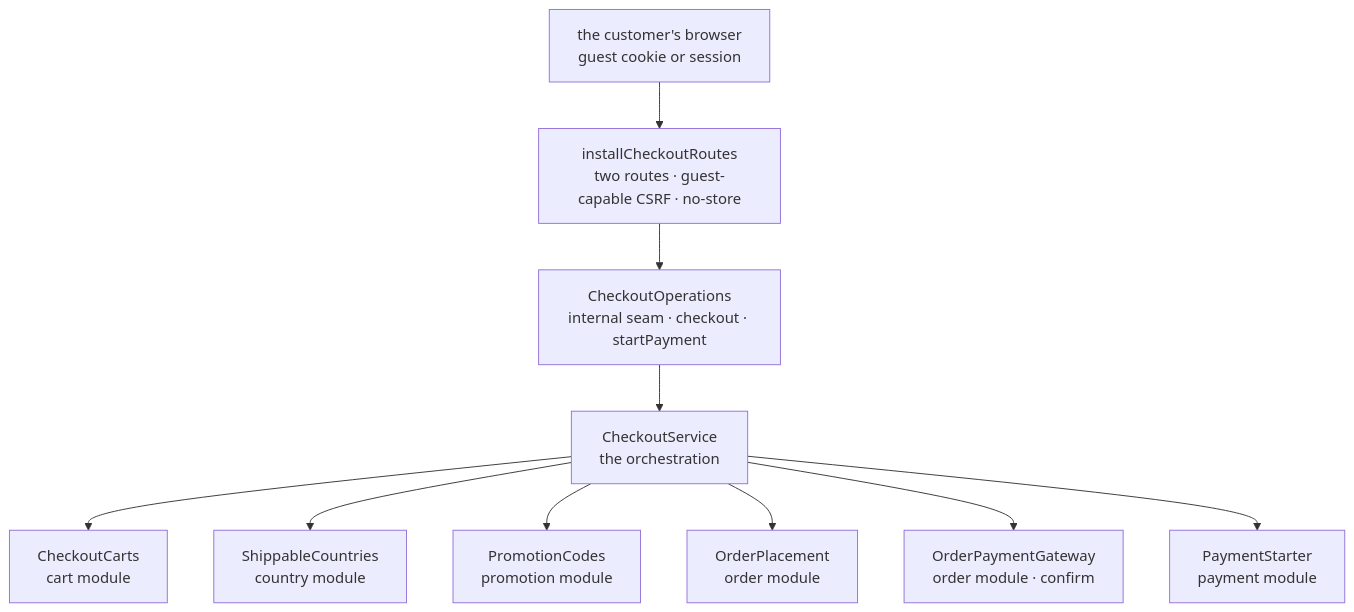
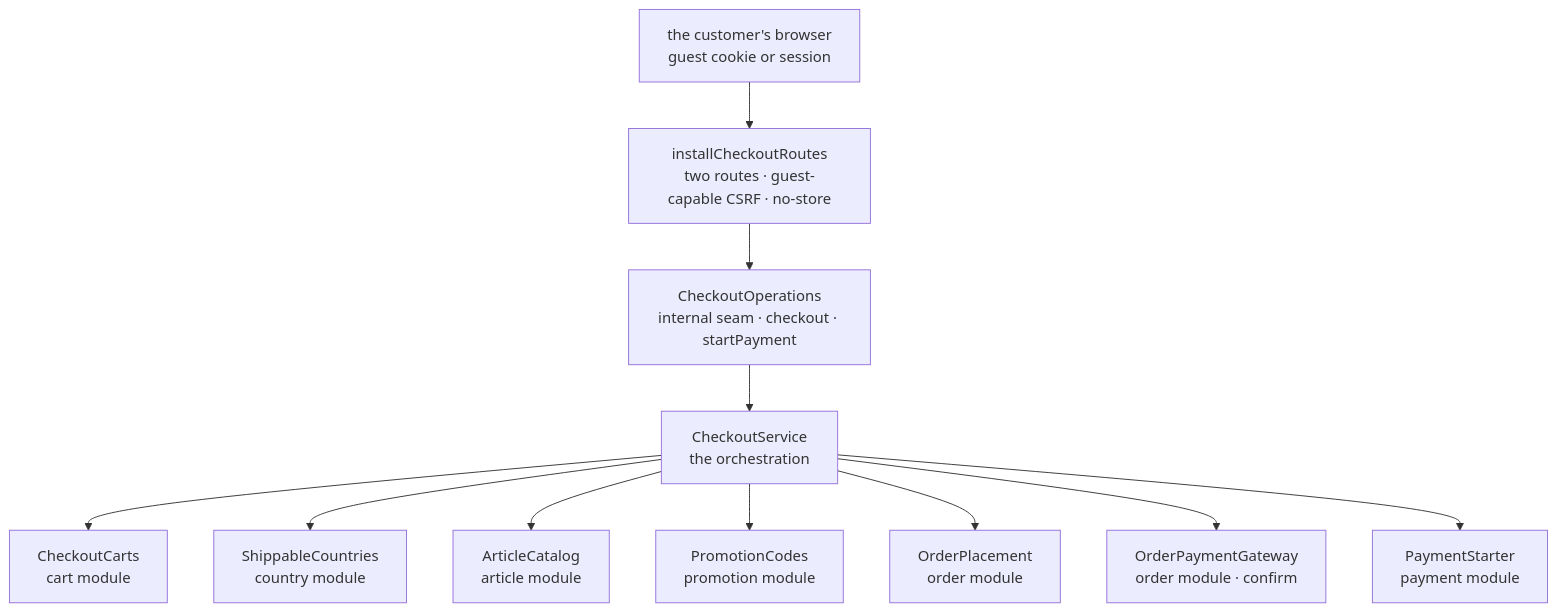
One commit to bitstorm-tech/voenix-shop-kotlin changed the diagram in docs/dev/backend/checkout-package.md. Above: the diagram before and after it, drawn with Mermaid. The commit also changed other lines of this file and 14 other files, not shown here.

````diff
--- a/docs/dev/backend/checkout-package.md
+++ b/docs/dev/backend/checkout-package.md
@@ -41,21 +42,23 @@
 ```mermaid
 flowchart TB
     Customer["the customer's browser<br/>guest cookie or session"]
     Routes["installCheckoutRoutes<br/>two routes · guest-capable CSRF · no-store"]
     Operations["CheckoutOperations<br/>internal seam · checkout · startPayment"]
     Service["CheckoutService<br/>the orchestration"]
     Carts["CheckoutCarts<br/>cart module"]
     Promotions["PromotionCodes<br/>promotion module"]
     Orders["OrderPlacement<br/>order module"]
     Gateway["OrderPaymentGateway<br/>order module · confirm"]
     Payments["PaymentStarter<br/>payment module"]
     Countries["ShippableCountries<br/>country module"]
+    Articles["ArticleCatalog<br/>article module"]
 
     Customer --> Routes --> Operations --> Service
     Service --> Carts
     Service --> Countries
+    Service --> Articles
     Service --> Promotions
     Service --> Orders
     Service --> Gateway
     Service --> Payments
 ```
````
